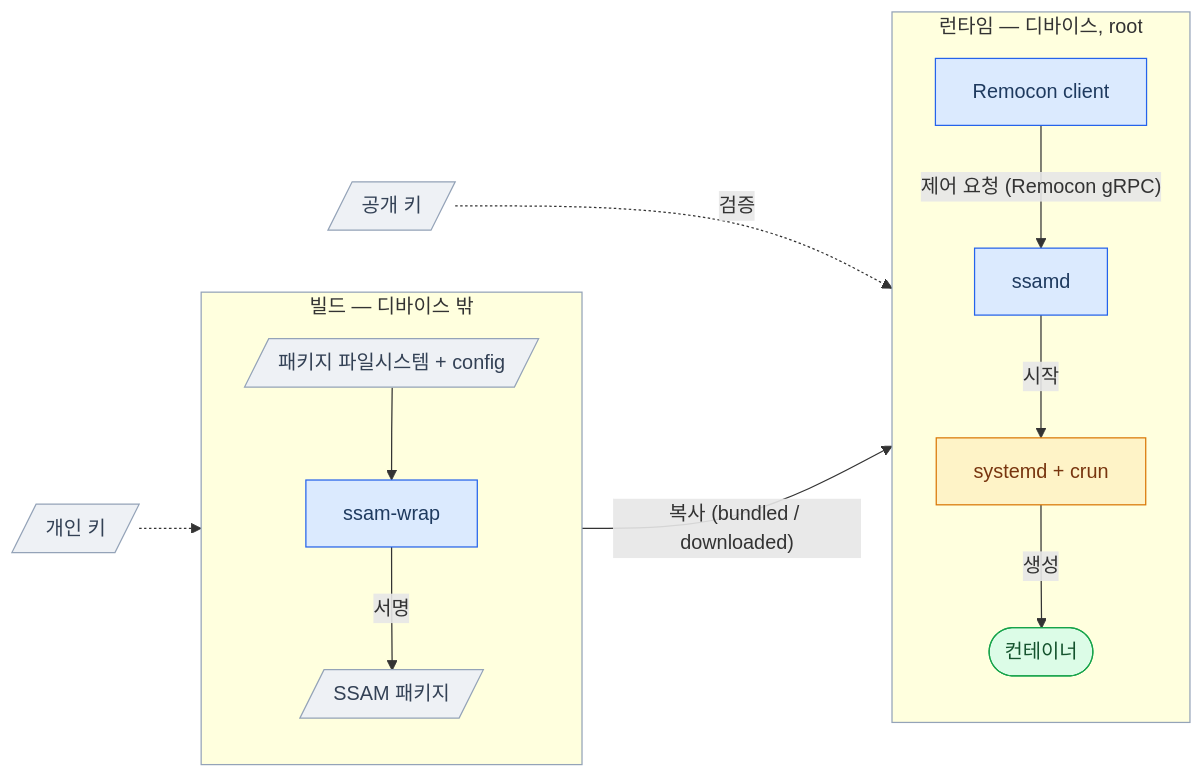
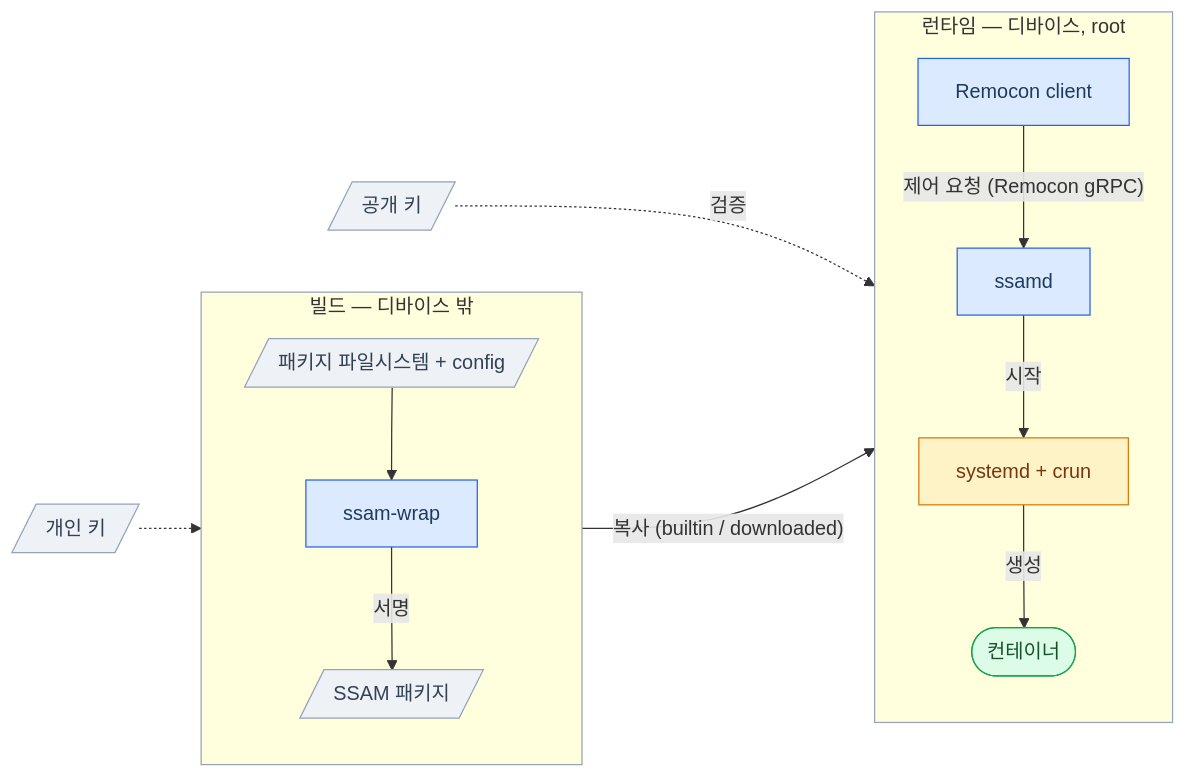
Before and after one commit to mobis-oss/ssam: the diagram in docs/architecture/overview.ko.md, drawn with Mermaid. The commit also changed other lines of this file and 46 other files, not shown here.

````diff
--- a/docs/architecture/overview.ko.md
+++ b/docs/architecture/overview.ko.md
@@ -45,28 +45,28 @@
 ```mermaid
 flowchart LR
   subgraph B["빌드 — 디바이스 밖"]
     direction TB
     A[/"패키지 파일시스템 + config"/] --> W["ssam-wrap"]
     W -->|"서명"| P[/"SSAM 패키지"/]
   end
   subgraph R["런타임 — 디바이스, root"]
     direction TB
     C["Remocon client"] -->|"제어 요청 (Remocon gRPC)"| D["ssamd"]
     D -->|"시작"| S["systemd + crun"]
     S -->|"생성"| CT(["컨테이너"])
   end
-  P -->|"복사 (bundled / downloaded)"| D
+  P -->|"복사 (builtin / downloaded)"| D
   KP[/"개인 키"/] -.-> W
   K[/"공개 키"/] -.->|"검증"| D
 
   classDef actor fill:#dbeafe,stroke:#2563eb,color:#1e3a5f;
   classDef data fill:#eef1f5,stroke:#94a3b8,color:#334155;
   classDef ext fill:#fef3c7,stroke:#d97706,color:#78350f;
   classDef result fill:#dcfce7,stroke:#16a34a,color:#14532d;
   class W,D,C actor;
   class S ext;
   class A,P,KP,K data;
   class CT result;
   style B stroke:#94a3b8
   style R stroke:#94a3b8
 ```
````
